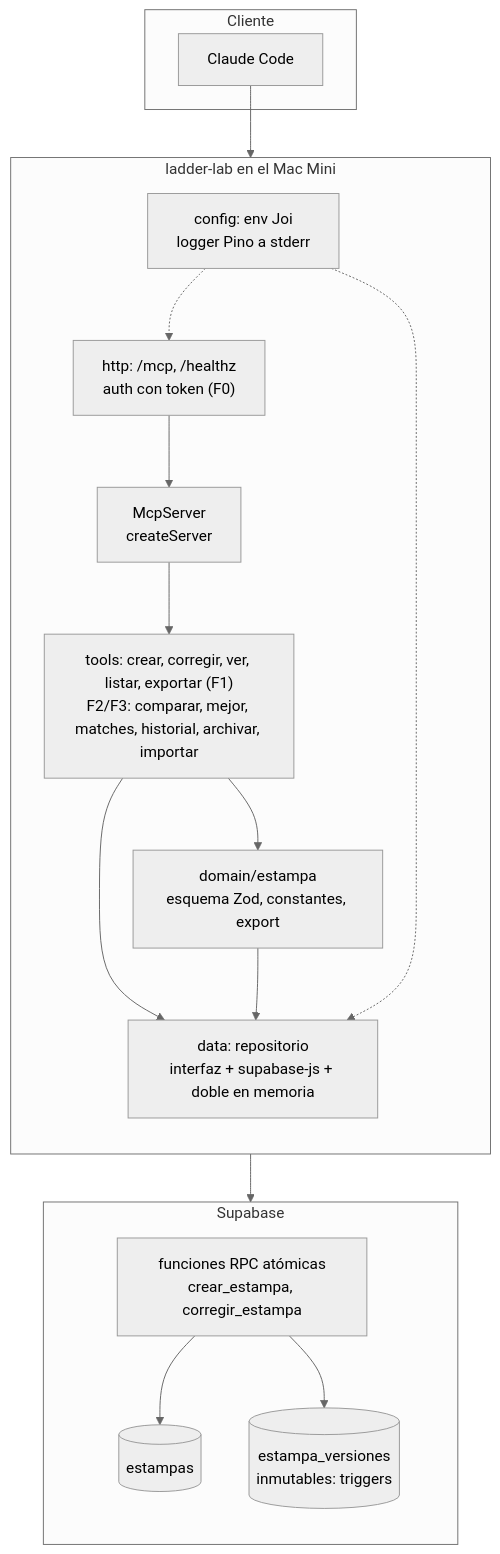
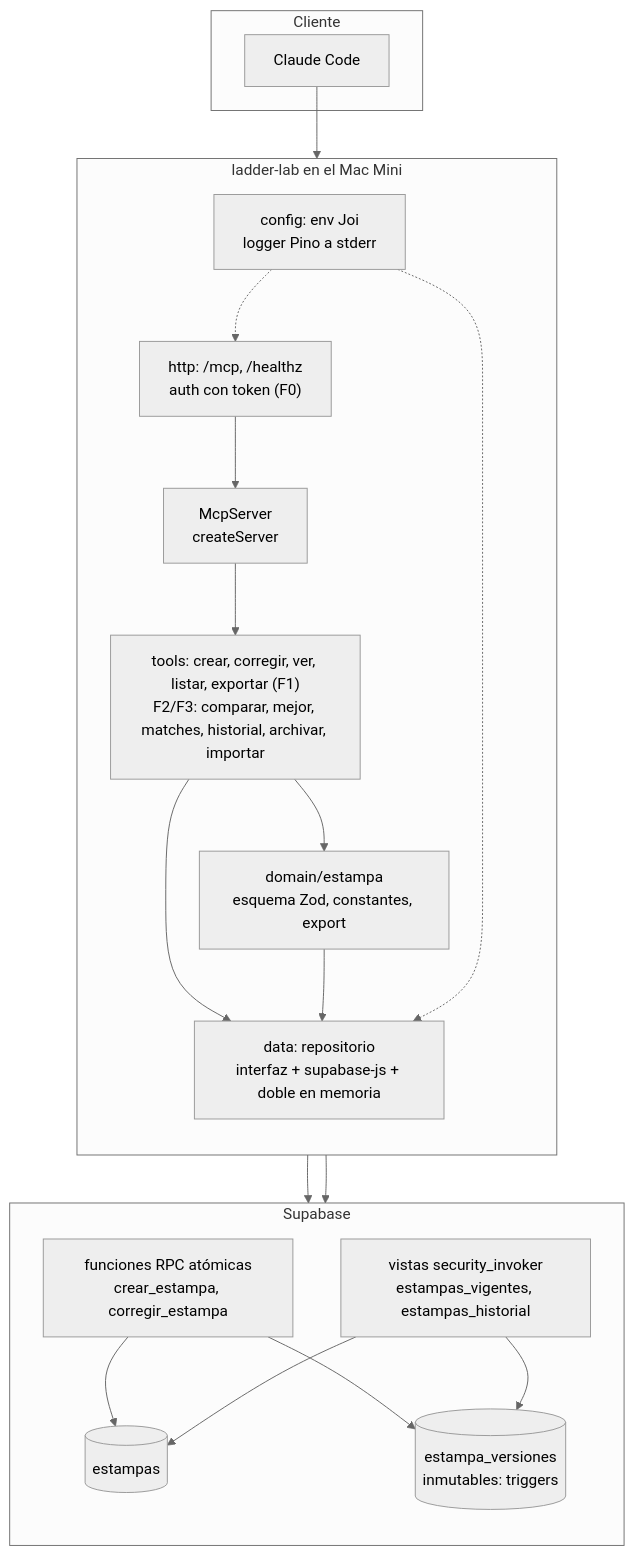
Before and after one commit to Freddymhs/ladder-lab: the second of 2 diagrams in docs/diagrams/DIAGRAMAS_COMPONENTES.md, drawn with Mermaid (neutral theme). The commit also changed 60 other files, not shown here.

````diff
--- a/docs/diagrams/DIAGRAMAS_COMPONENTES.md
+++ b/docs/diagrams/DIAGRAMAS_COMPONENTES.md
@@ -31,32 +31,36 @@
 ```mermaid
 flowchart TB
     subgraph cliente[Cliente]
         cc[Claude Code]
     end
 
     subgraph servidor[ladder-lab en el Mac Mini]
         direction TB
         http["http: /mcp, /healthz<br/>auth con token (F0)"]
         mcp[McpServer<br/>createServer]
         tools["tools: crear, corregir, ver, listar, exportar (F1)<br/>F2/F3: comparar, mejor, matches, historial, archivar, importar"]
         dom["domain/estampa<br/>esquema Zod, constantes, export"]
         repo["data: repositorio<br/>interfaz + supabase-js + doble en memoria"]
         cfg["config: env Joi<br/>logger Pino a stderr"]
     end
 
     subgraph datos[Supabase]
         direction TB
         est[(estampas)]
         ver[(estampa_versiones<br/>inmutables: triggers)]
         rpc["funciones RPC atómicas<br/>crear_estampa, corregir_estampa"]
+        vistas["vistas security_invoker<br/>estampas_vigentes, estampas_historial"]
     end
 
     cc --> http --> mcp --> tools --> dom
     tools --> repo
     dom --> repo
     repo --> rpc
     rpc --> est
     rpc --> ver
+    repo --> vistas
+    vistas --> est
+    vistas --> ver
     cfg -.-> http
     cfg -.-> repo
 ```
````
